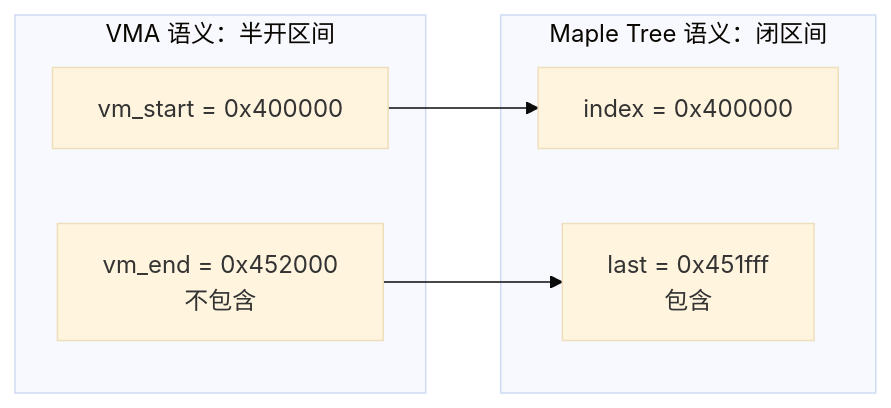
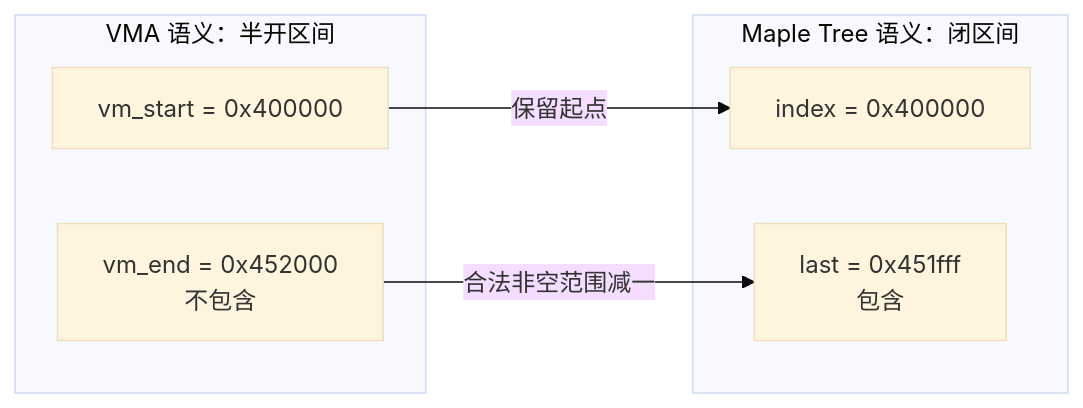
The second of 14 diagrams in knowledge/linux/data_structures/红黑树_rb-tree/P15_Linux_6.12_Maple_Tree_源码结构与_API_分层.md (FormingSystem/linux_note), drawn with Mermaid (base theme) before and after one commit. The commit also changed other lines of this file and 16 other files, not shown here.

````diff
--- a/knowledge/linux/data_structures/红黑树_rb-tree/P15_Linux_6.12_Maple_Tree_源码结构与_API_分层.md
+++ b/knowledge/linux/data_structures/红黑树_rb-tree/P15_Linux_6.12_Maple_Tree_源码结构与_API_分层.md
@@ -144,15 +71,15 @@
 ```mermaid
 flowchart LR
     subgraph VMA["VMA 语义：半开区间"]
         A["vm_start = 0x400000"]
         B["vm_end = 0x452000<br/>不包含"]
     end
 
     subgraph MT["Maple Tree 语义：闭区间"]
         C["index = 0x400000"]
         D["last = 0x451fff<br/>包含"]
     end
 
-    A --> C
-    B --> D
+    A -->|保留起点| C
+    B -->|合法非空范围减一| D
 ```
````
